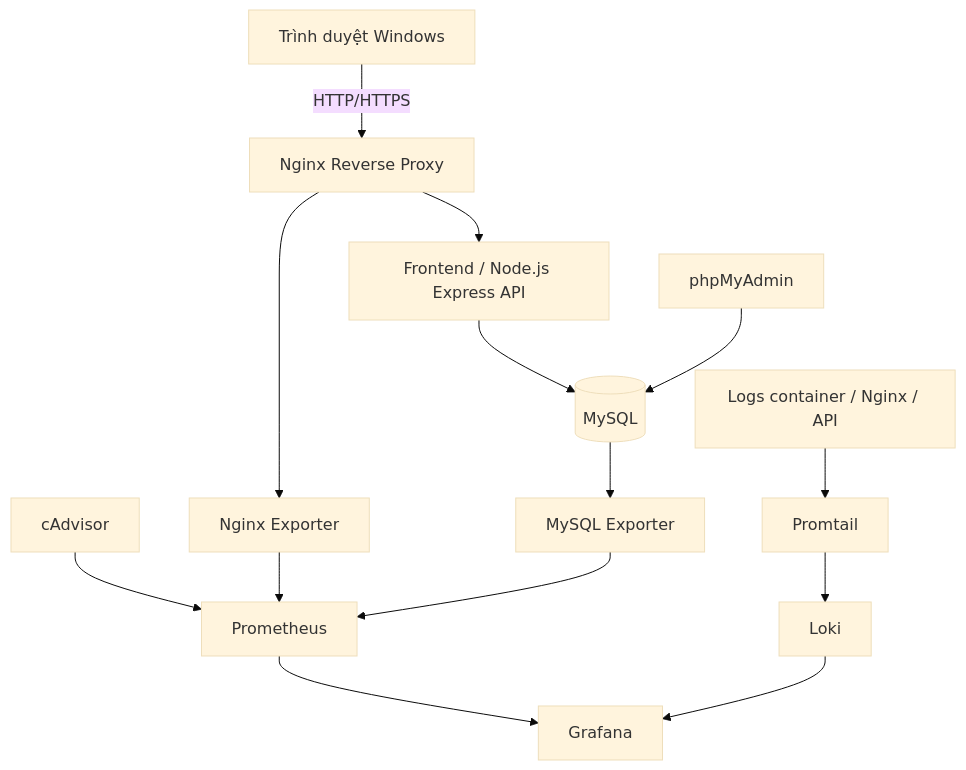
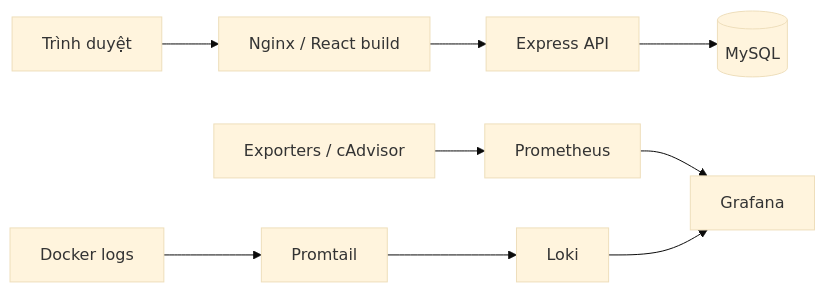
The diagram in README.md (nhungphamco/dtc245160006-Ecommerce), drawn with Mermaid (base theme) before and after one commit. The commit also changed other lines of this file and 16 other files, not shown here.

````diff
--- a/README.md
+++ b/README.md
@@ -50,16 +27,11 @@
 ```mermaid
-flowchart TB
-    User[Trình duyệt Windows] -->|HTTP/HTTPS| Nginx[Nginx Reverse Proxy]
-    Nginx --> Web[Frontend / Node.js Express API]
-    Web --> DB[(MySQL)]
-    Admin[phpMyAdmin] --> DB
-    CAdv[cAdvisor] --> Prom[Prometheus]
-    NX[Nginx Exporter] --> Prom
-    MX[MySQL Exporter] --> Prom
-    Nginx --> NX
-    DB --> MX
-    Prom --> Grafana[Grafana]
-    Logs[Logs container / Nginx / API] --> Tail[Promtail]
-    Tail --> Loki[Loki]
+flowchart LR
+    Client[Trình duyệt] --> Nginx[Nginx / React build]
+    Nginx --> API[Express API]
+    API --> DB[(MySQL)]
+    Exporters[Exporters / cAdvisor] --> Prometheus
+    Prometheus --> Grafana
+    Logs[Docker logs] --> Promtail
+    Promtail --> Loki
     Loki --> Grafana
 ```
````
